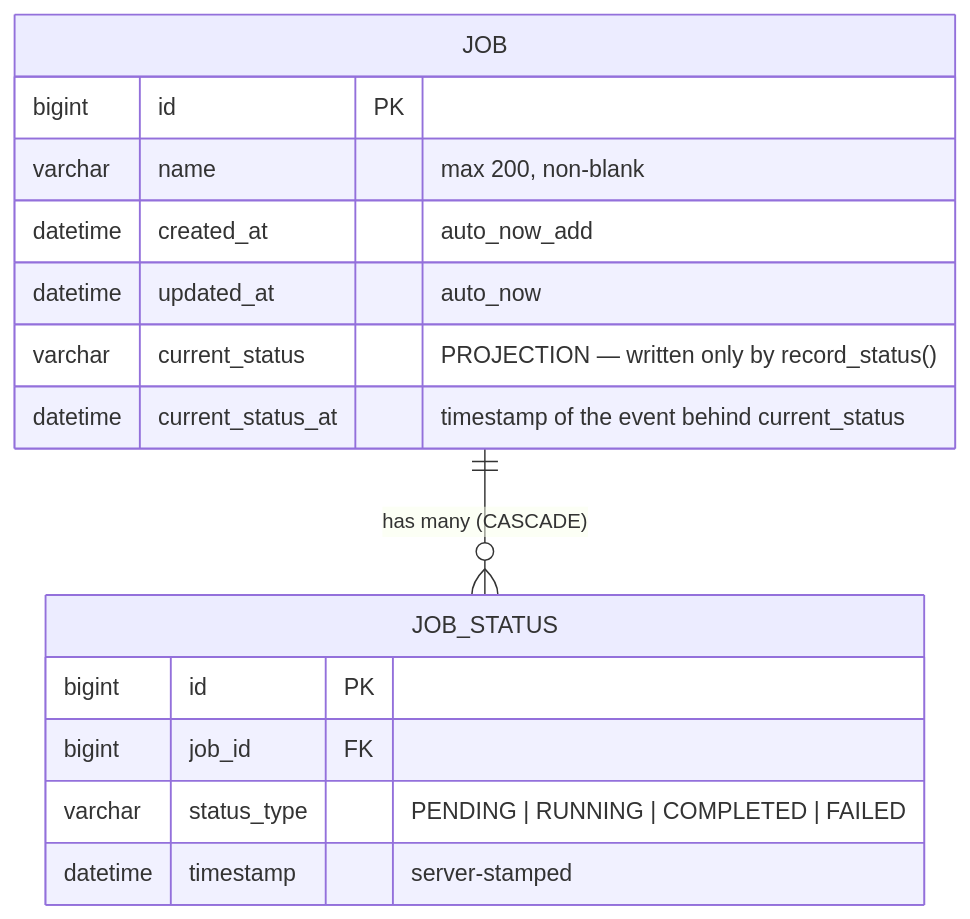
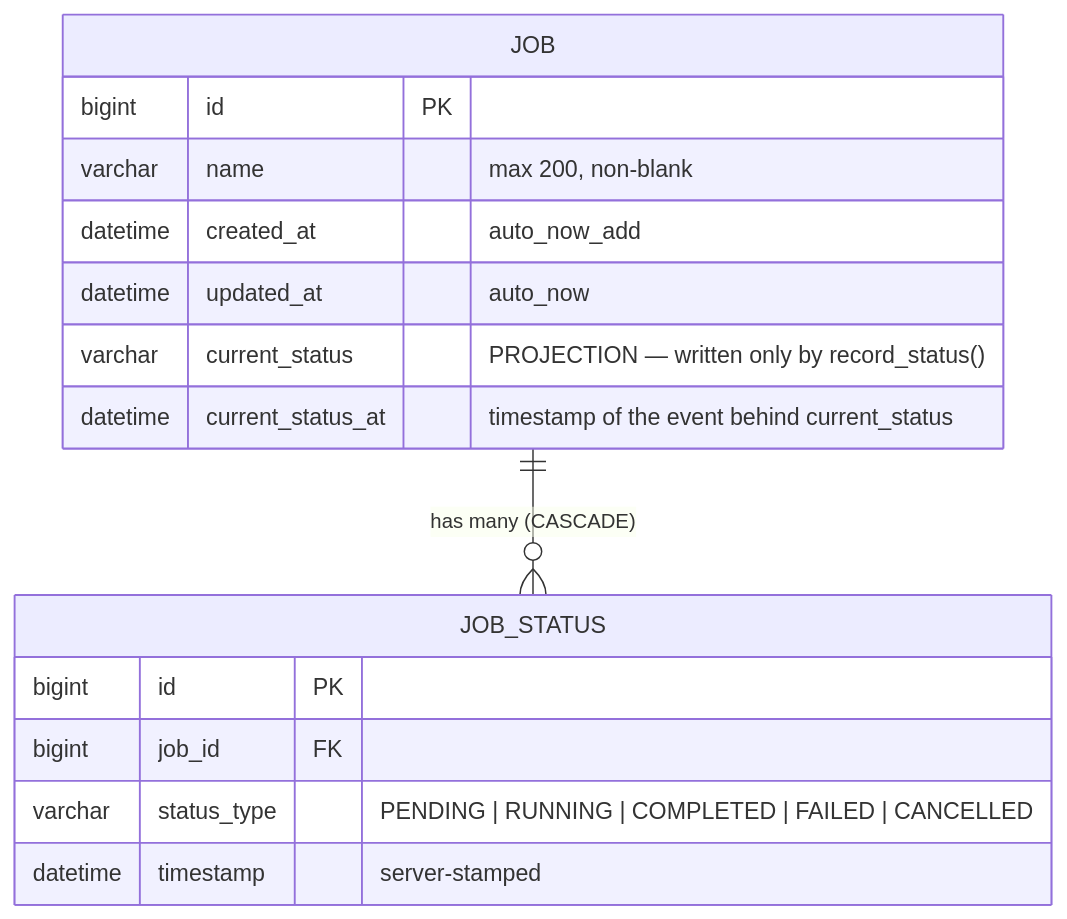
Before and after one commit to nina-jml/job-management-dashboard: the second of 3 diagrams in docs/SPEC.md, drawn with Mermaid. The commit also changed other lines of this file and 13 other files, not shown here.

````diff
--- a/docs/SPEC.md
+++ b/docs/SPEC.md
@@ -55,20 +55,20 @@
 ```mermaid
 erDiagram
     JOB ||--o{ JOB_STATUS : "has many (CASCADE)"
 
     JOB {
         bigint   id PK
         varchar  name "max 200, non-blank"
         datetime created_at "auto_now_add"
         datetime updated_at "auto_now"
         varchar  current_status "PROJECTION — written only by record_status()"
         datetime current_status_at "timestamp of the event behind current_status"
     }
 
     JOB_STATUS {
         bigint   id PK
         bigint   job_id FK
-        varchar  status_type "PENDING | RUNNING | COMPLETED | FAILED"
+        varchar  status_type "PENDING | RUNNING | COMPLETED | FAILED | CANCELLED"
         datetime timestamp "server-stamped"
     }
 ```
````
